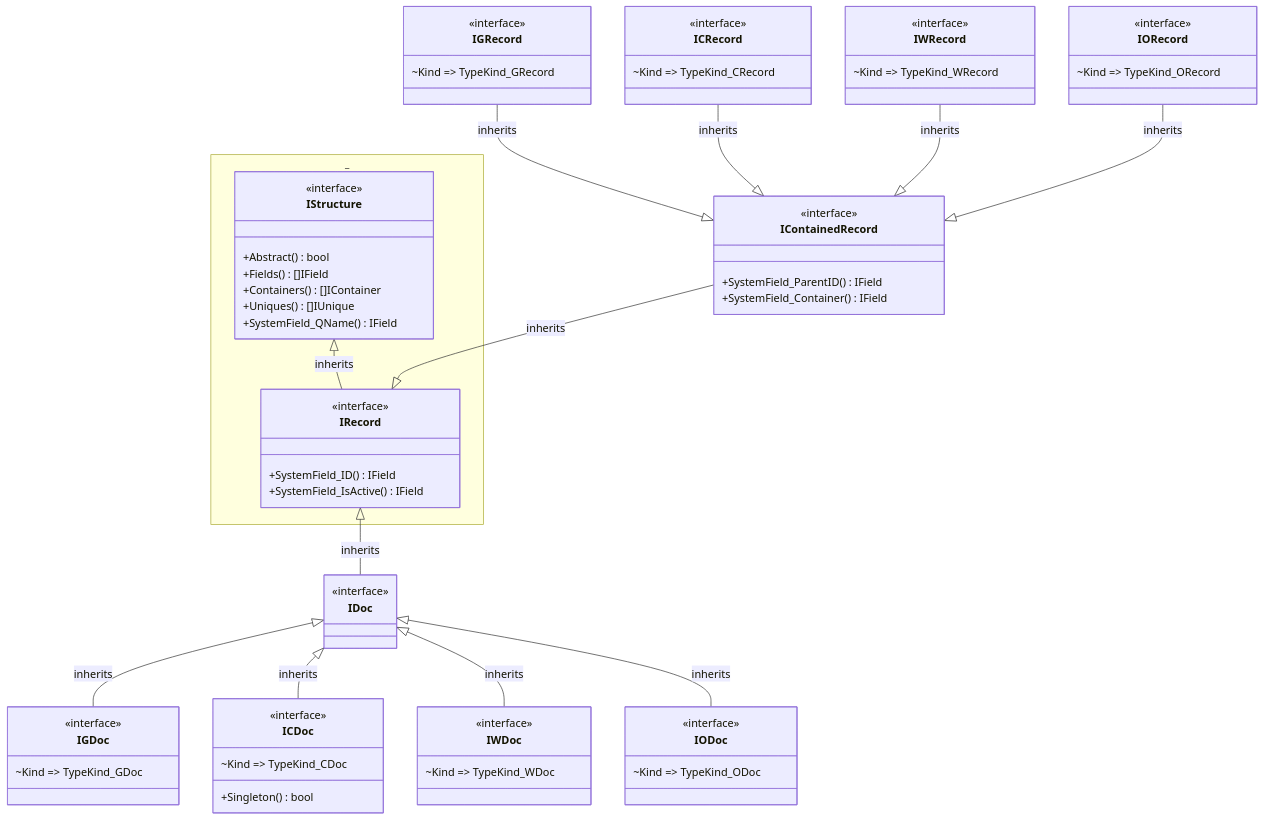
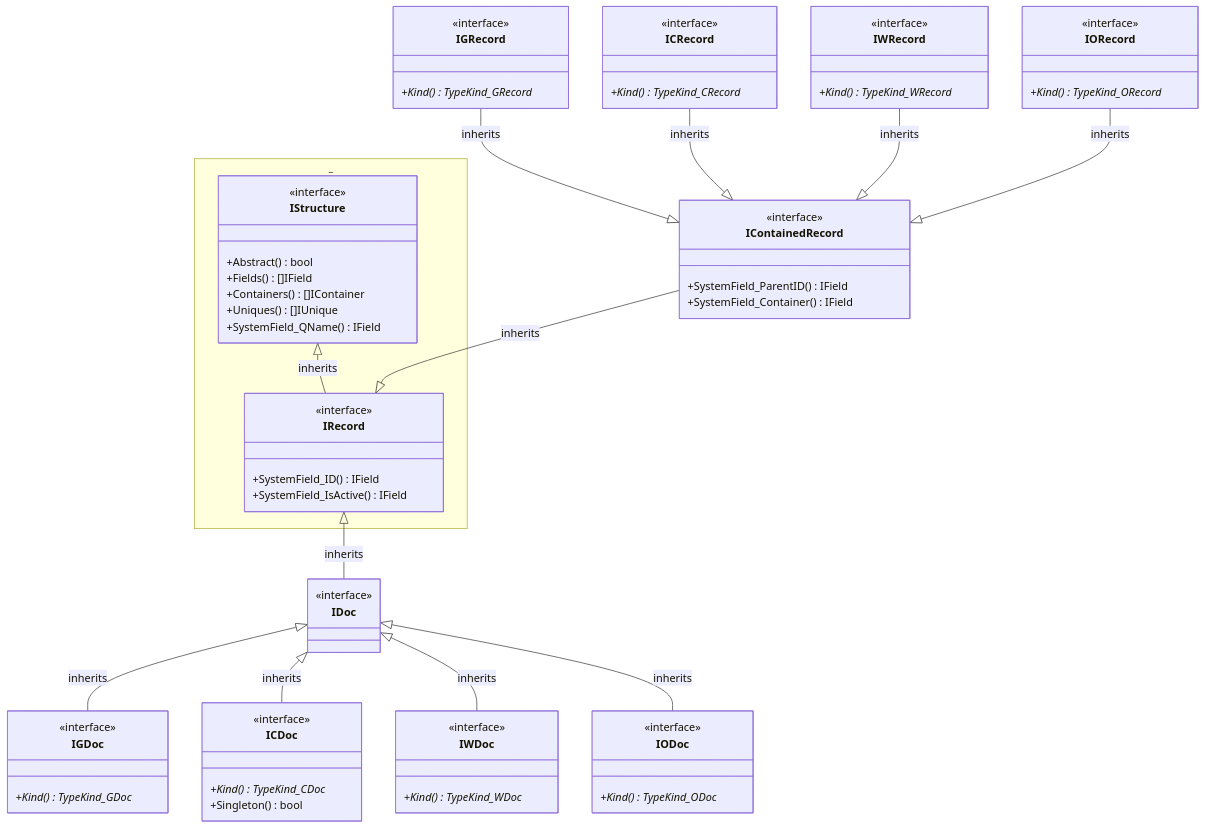
Before and after one commit to voedger/voedger: the third of 7 diagrams in pkg/appdef/README.md, drawn with Mermaid. The commit also changed other lines of this file, not shown here.

````diff
--- a/pkg/appdef/README.md
+++ b/pkg/appdef/README.md
@@ -389,26 +389,26 @@
     IGDoc --|> IDoc : inherits
     class IGDoc {
         <<interface>>
-        ~Kind => TypeKind_GDoc
+        +Kind()* TypeKind_GDoc
     }
 
     ICDoc --|> IDoc : inherits
     class ICDoc {
         <<interface>>
-        ~Kind => TypeKind_CDoc
+        +Kind()* TypeKind_CDoc
         +Singleton() bool
     }
 
     IWDoc --|> IDoc : inherits
     class IWDoc {
         <<interface>>
-        ~Kind => TypeKind_WDoc
+        +Kind()* TypeKind_WDoc
     }
                     
     IODoc --|> IDoc: inherits
     class IODoc {
         <<interface>>
-        ~Kind => TypeKind_ODoc
+        +Kind()* TypeKind_ODoc
     }
 
     IRecord <|-- IContainedRecord  : inherits
@@ -421,24 +421,24 @@
     IContainedRecord <|-- IGRecord : inherits
     class IGRecord {
         <<interface>>
-        ~Kind => TypeKind_GRecord
+        +Kind()* TypeKind_GRecord
     }
 
     IContainedRecord <|-- ICRecord : inherits
     class ICRecord {
         <<interface>>
-        ~Kind => TypeKind_CRecord
+        +Kind()* TypeKind_CRecord
     }
 
     IContainedRecord <|-- IWRecord : inherits
     class IWRecord {
         <<interface>>
-        ~Kind => TypeKind_WRecord
+        +Kind()* TypeKind_WRecord
     }
 
     IContainedRecord <|-- IORecord : inherits
     class IORecord {
         <<interface>>
-        ~Kind => TypeKind_ORecord
+        +Kind()* TypeKind_ORecord
     }
 ```
````
